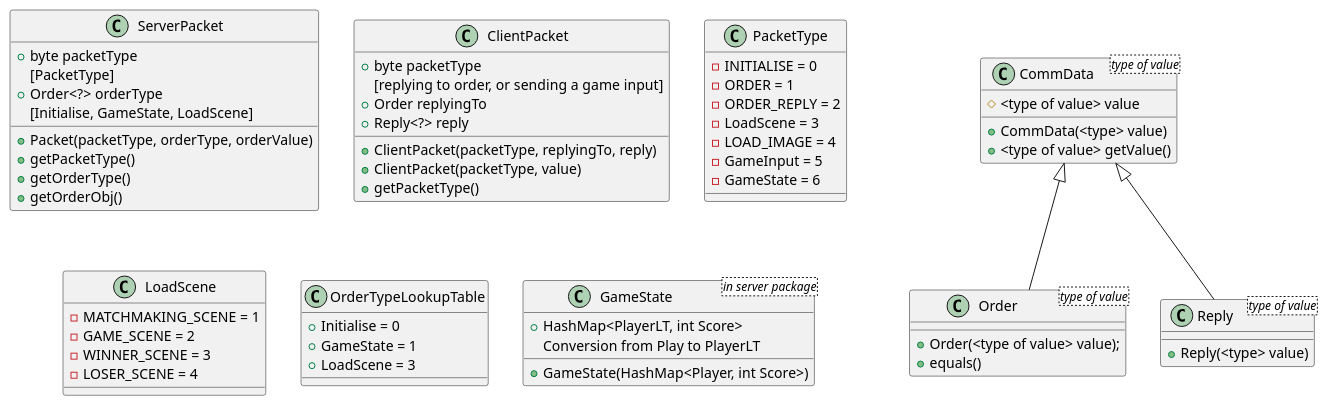
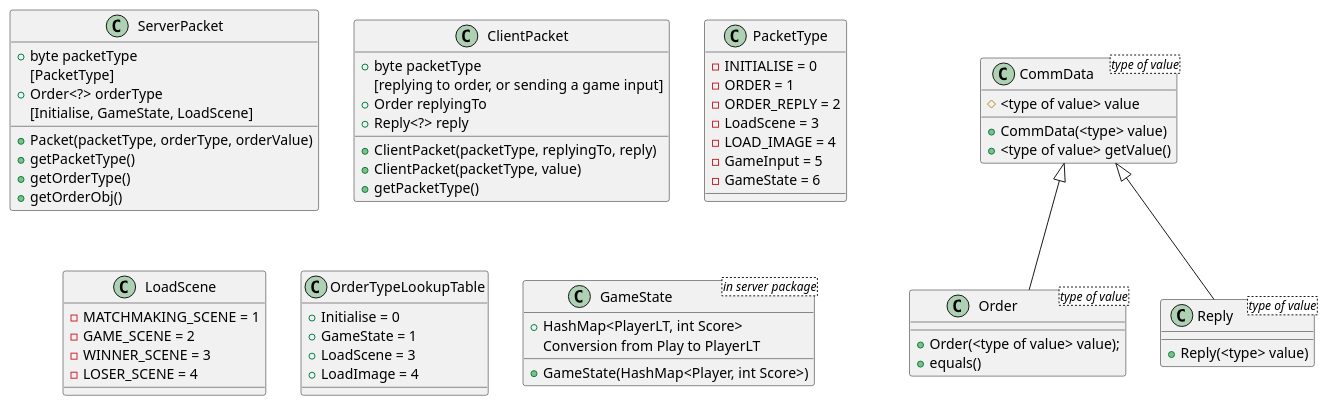
One commit to yashdwivedi/mavenproject1 changed the diagram in Flowcharts/Resources/DataPacketRedesign.pu. Above: the diagram before and after it, drawn with PlantUML.

Commit message:
add another possible OrderType

```diff
--- a/Flowcharts/Resources/DataPacketRedesign.pu
+++ b/Flowcharts/Resources/DataPacketRedesign.pu
@@ -1,64 +1,65 @@
 @startuml classes for communication
 class ServerPacket {
     + byte packetType 
       [PacketType]
     + Order<?> orderType 
       [Initialise, GameState, LoadScene]
     + Packet(packetType, orderType, orderValue)
     + getPacketType()
     + getOrderType()
     + getOrderObj()
 }
 class ClientPacket {
     + byte packetType
       [replying to order, or sending a game input]
     + Order replyingTo
     + Reply<?> reply
     + ClientPacket(packetType, replyingTo, reply)
     + ClientPacket(packetType, value)
     + getPacketType()
 
     
 }
 class PacketType{
     - INITIALISE = 0
     - ORDER = 1
     - ORDER_REPLY = 2
     - LoadScene = 3
     - LOAD_IMAGE = 4
     - GameInput = 5
     - GameState = 6
 }
 class LoadScene{
     - MATCHMAKING_SCENE = 1
     - GAME_SCENE = 2
     - WINNER_SCENE = 3
     - LOSER_SCENE = 4
 }
 class OrderTypeLookupTable{
     + Initialise = 0
     + GameState = 1
     + LoadScene = 3
+    + LoadImage = 4
 }
 class CommData<type of value>{
     # <type of value> value
     + CommData(<type> value)
     + <type of value> getValue()
 }
 class Order<type of value>{
     + Order(<type of value> value);
     + equals()
 }
 class Reply<type of value>{
     + Reply(<type> value)
 }
 CommData <|-- Order
 CommData <|-- Reply
 ' Done by: Reply<T> extends CommData<T>
 class GameState<in server package> {
     + HashMap<PlayerLT, int Score>
     + GameState(HashMap<Player, int Score>)
       Conversion from Play to PlayerLT
 
 }
 @endumlP
```
